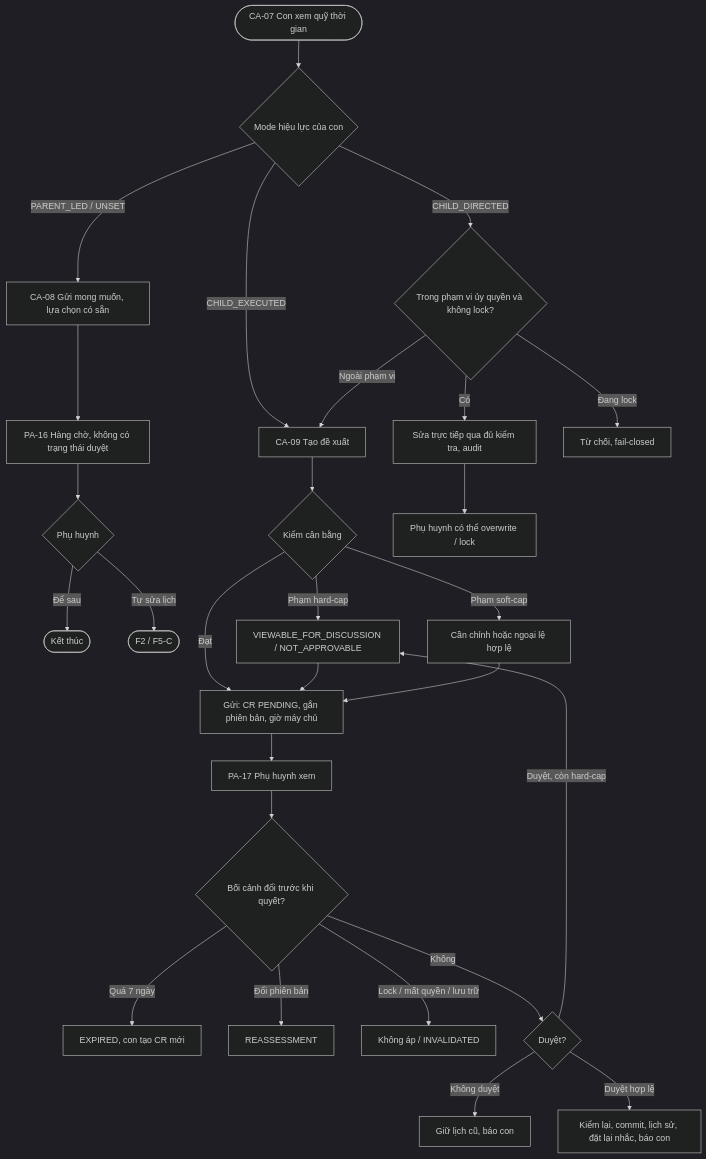
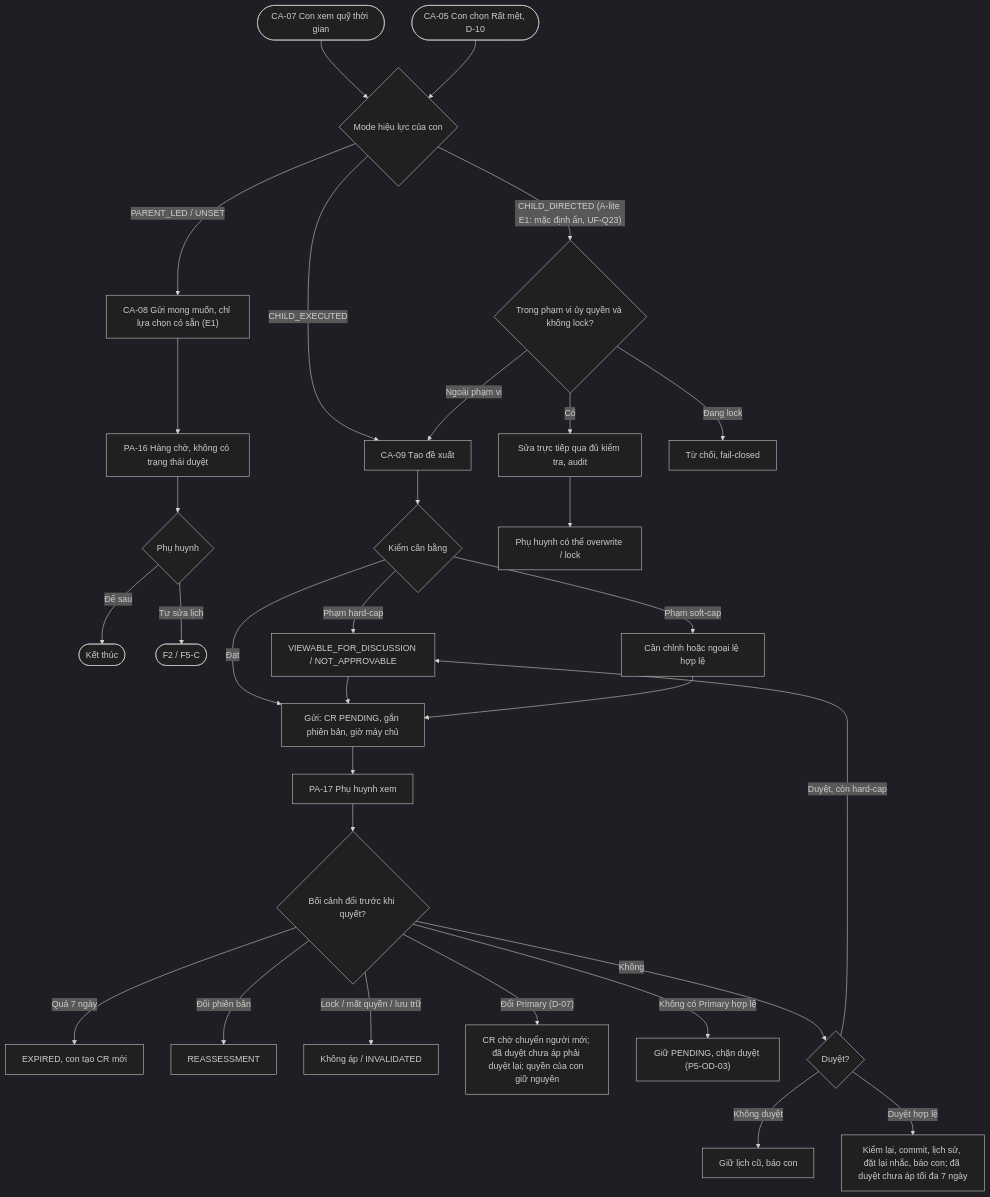
One commit to ChadNguyen1608/app-parent-pal changed the seventh of 8 diagrams in app-design-document/04_User_Flow/User_Flow_04_1_Scheduling_Loop.md. Above: the diagram before and after it, drawn with Mermaid (dark theme). The commit also changed other lines of this file and 29 other files, not shown here.

First line of the commit message:
docs: user flow batch 2, MVP options, scheduling business logic, E1 spike v2

````diff
--- a/app-design-document/04_User_Flow/User_Flow_04_1_Scheduling_Loop.md
+++ b/app-design-document/04_User_Flow/User_Flow_04_1_Scheduling_Loop.md
@@ -633,30 +696,33 @@
 ```mermaid
 flowchart TD
   A([CA-07 Con xem quỹ thời gian]) --> M{"Mode hiệu lực của con"}
-  M -- "PARENT_LED / UNSET" --> P1["CA-08 Gửi mong muốn, lựa chọn có sẵn"]
+  R([CA-05 Con chọn Rất mệt, D-10]) --> M
+  M -- "PARENT_LED / UNSET" --> P1["CA-08 Gửi mong muốn, chỉ lựa chọn có sẵn (E1)"]
   P1 --> P2["PA-16 Hàng chờ, không có trạng thái duyệt"]
   P2 --> P3{"Phụ huynh"}
   P3 -- "Để sau" --> P4([Kết thúc])
   P3 -- "Tự sửa lịch" --> P5([F2 / F5-C])
   M -- "CHILD_EXECUTED" --> E1["CA-09 Tạo đề xuất"]
   E1 --> E2{"Kiểm cân bằng"}
   E2 -- "Phạm hard-cap" --> E3["VIEWABLE_FOR_DISCUSSION / NOT_APPROVABLE"]
   E2 -- "Phạm soft-cap" --> E4["Cần chỉnh hoặc ngoại lệ hợp lệ"]
   E2 -- Đạt --> E5
   E3 --> E5["Gửi: CR PENDING, gắn phiên bản, giờ máy chủ"]
   E4 --> E5
   E5 --> E6["PA-17 Phụ huynh xem"]
   E6 --> E7{"Bối cảnh đổi trước khi quyết?"}
   E7 -- "Quá 7 ngày" --> X1["EXPIRED, con tạo CR mới"]
   E7 -- "Đổi phiên bản" --> X2["REASSESSMENT"]
   E7 -- "Lock / mất quyền / lưu trữ" --> X3["Không áp / INVALIDATED"]
+  E7 -- "Đổi Primary (D-07)" --> X4["CR chờ chuyển người mới; đã duyệt chưa áp phải duyệt lại; quyền của con giữ nguyên"]
+  E7 -- "Không có Primary hợp lệ" --> X5["Giữ PENDING, chặn duyệt (P5-OD-03)"]
   E7 -- Không --> E8{"Duyệt?"}
   E8 -- "Không duyệt" --> E9["Giữ lịch cũ, báo con"]
   E8 -- "Duyệt, còn hard-cap" --> E3
-  E8 -- "Duyệt hợp lệ" --> E10["Kiểm lại, commit, lịch sử, đặt lại nhắc, báo con"]
-  M -- "CHILD_DIRECTED" --> D1{"Trong phạm vi ủy quyền và không lock?"}
+  E8 -- "Duyệt hợp lệ" --> E10["Kiểm lại, commit, lịch sử, đặt lại nhắc, báo con; đã duyệt chưa áp tối đa 7 ngày"]
+  M -- "CHILD_DIRECTED (A-lite E1: mặc định ẩn, UF-Q23)" --> D1{"Trong phạm vi ủy quyền và không lock?"}
   D1 -- Có --> D2["Sửa trực tiếp qua đủ kiểm tra, audit"]
   D1 -- "Ngoài phạm vi" --> E1
   D1 -- "Đang lock" --> D3["Từ chối, fail-closed"]
   D2 --> D4["Phụ huynh có thể overwrite / lock"]
 ```
````
